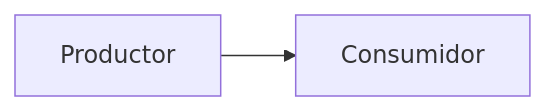
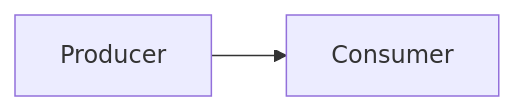
One commit to acaldero/uc3m_ds changed the first of 2 diagrams in materials/topic-messagepassing/ssdd_pq.md. Above: the diagram before and after it, drawn with Mermaid. The commit also changed other lines of this file, not shown here.

````diff
--- a/materials/topic-messagepassing/ssdd_pq.md
+++ b/materials/topic-messagepassing/ssdd_pq.md
@@ -242,4 +243,4 @@
-   ```mermaid
+  ```mermaid
    flowchart LR
-       Productor --> Consumidor
-   ```
+       Producer --> Consumer
+  ```
````
